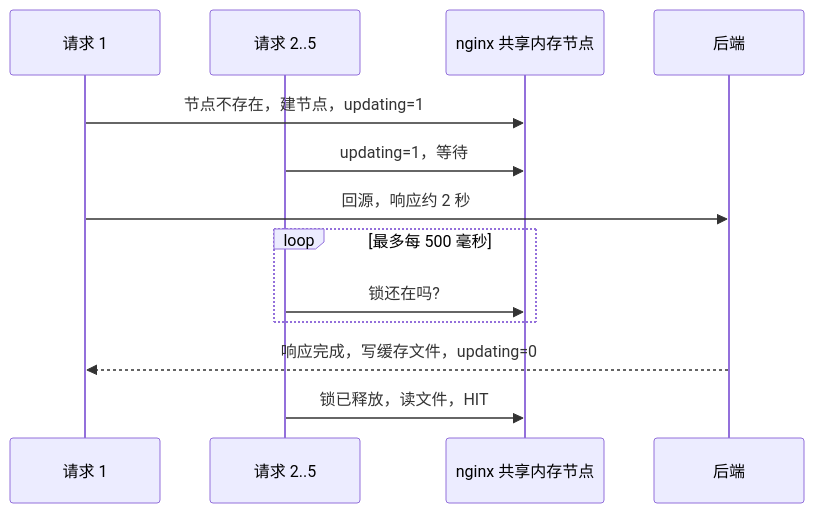
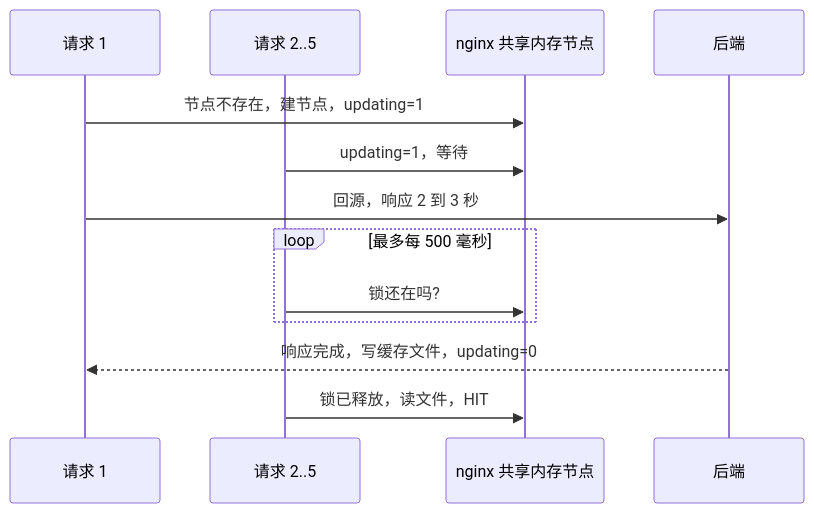
The sixth of 8 diagrams in ops/10-proxy-cache.md (chenziyaos/nginx-devops), drawn with Mermaid before and after one commit. The commit also changed other lines of this file, not shown here.

````diff
--- a/ops/10-proxy-cache.md
+++ b/ops/10-proxy-cache.md
@@ -457,15 +457,15 @@
 ```mermaid
 sequenceDiagram
     participant A as 请求 1
     participant B as 请求 2..5
     participant N as nginx 共享内存节点
     participant U as 后端
     A->>N: 节点不存在，建节点，updating=1
     B->>N: updating=1，等待
-    A->>U: 回源，响应约 2 秒
+    A->>U: 回源，响应 2 到 3 秒
     loop 最多每 500 毫秒
         B->>N: 锁还在吗?
     end
     U-->>A: 响应完成，写缓存文件，updating=0
     B->>N: 锁已释放，读文件，HIT
 ```
````
